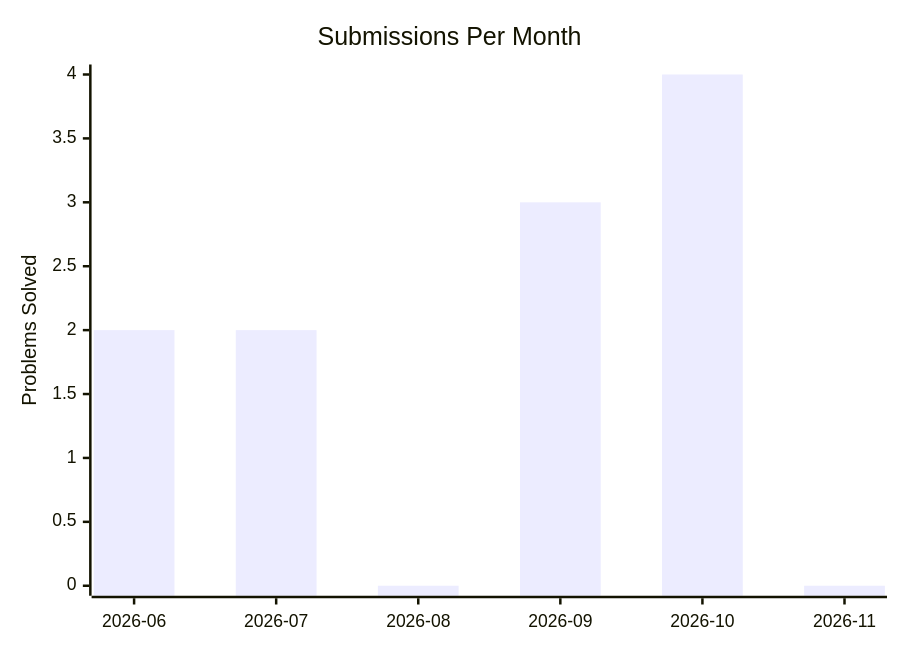
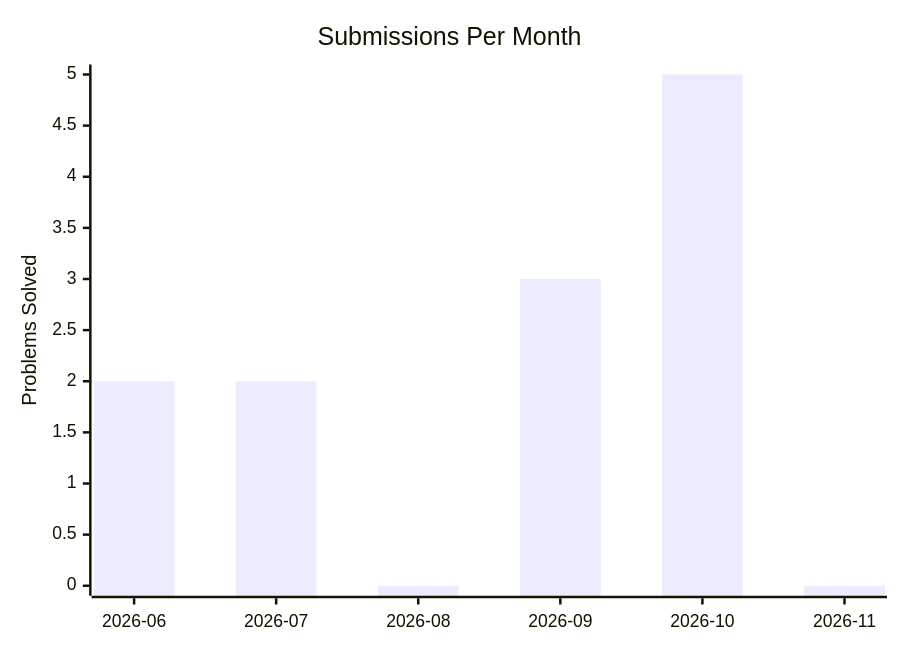
One commit to kanishk-procoder/leetcode-grind changed the second of 2 diagrams in PROGRESS.md. Above: the diagram before and after it, drawn with Mermaid. The commit also changed other lines of this file and 4 other files, not shown here.

````diff
--- a/PROGRESS.md
+++ b/PROGRESS.md
@@ -12,7 +12,7 @@
 ```mermaid
 xychart-beta
     title "Submissions Per Month"
     x-axis ["2026-06", "2026-07", "2026-08", "2026-09", "2026-10", "2026-11"]
-    y-axis "Problems Solved" 0 --> 4
-    bar [2, 2, 0, 3, 4, 0]
+    y-axis "Problems Solved" 0 --> 5
+    bar [2, 2, 0, 3, 5, 0]
 ```
````
